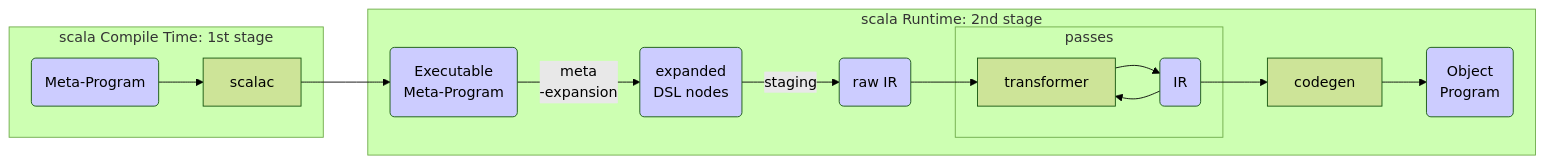
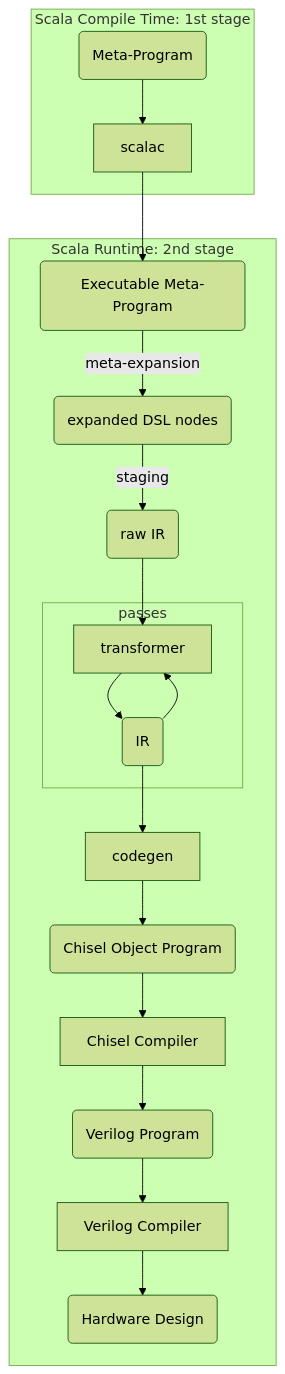
Before and after one commit to rubenfiszel/master-thesis: the second of 3 diagrams in src/interpreter.md, drawn with Mermaid (forest theme). The commit also changed other lines of this file and 20 other files, not shown here.

````diff
--- a/src/interpreter.md
+++ b/src/interpreter.md
@@ -119,29 +161,35 @@
 ```mermaid
-graph LR
-	subgraph scala Compile Time: 1st stage
+graph TD
+	subgraph Scala Compile Time: 1st stage
     prog(Meta-Program)
 	scalac
 	end
-	subgraph scala Runtime: 2nd stage
-    exec(Executable <br/>Meta-Program)
-	expanded(expanded <br/>DSL nodes)
+	subgraph Scala Runtime: 2nd stage
+    exec(Executable Meta-Program)
+	expanded(expanded DSL nodes)
 	OIR(raw IR)
 	subgraph passes
 	transformer
 	IR(IR)
 	end
 	codegen
-	target(Object <br/>Program)
+	target(Chisel Object Program)
+	chisel[Chisel Compiler]
+	target2(Verilog Program)	
+	verilog[Verilog Compiler]	
+	target3(Hardware Design)
 	end
 	prog-->scalac
 	scalac-->exec
-	exec-->|meta <br/>-expansion|expanded
+	exec-->|meta-expansion|expanded
 	expanded-->|staging|OIR
 	OIR-->transformer
 	IR-->transformer
 	transformer-->IR
 	IR-->codegen
 	codegen-->target
-    classDef elem fill:#ccf;	
-	class prog,exec,expanded,OIR,IR,target elem
+	target-->chisel
+	chisel-->target2
+	target2-->verilog
+	verilog-->target3
 ```
````
